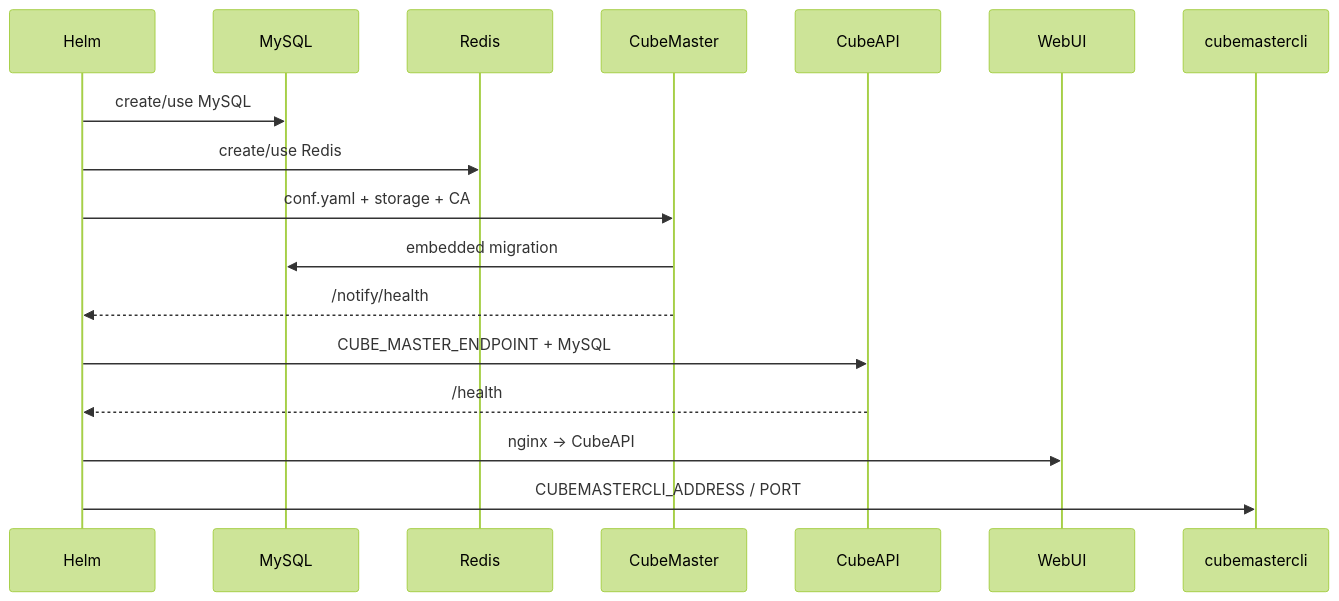
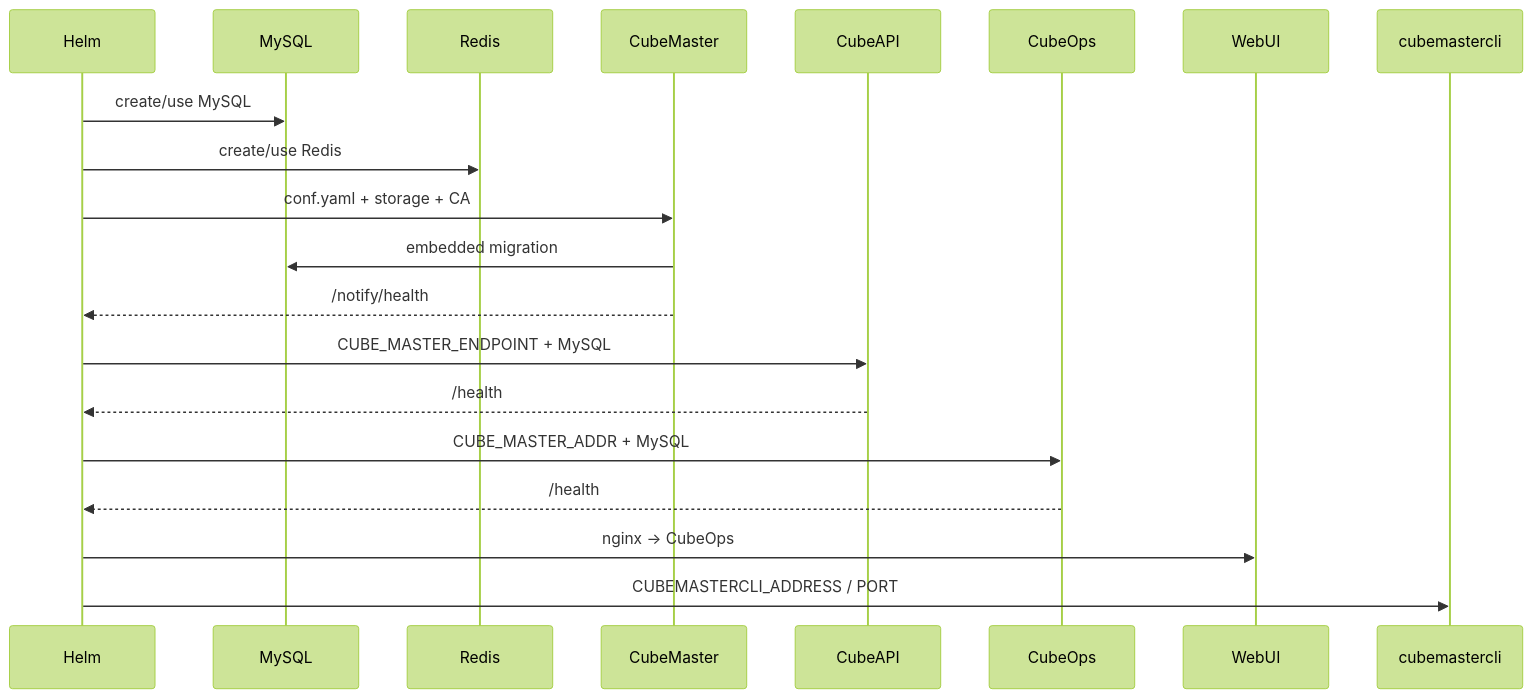
Before and after one commit to TencentCloud/CubeSandbox: the fourth of 9 diagrams in deploy/kubernetes/chart/docs/ARCHITECTURE.md, drawn with Mermaid (forest theme). The commit also changed other lines of this file and 17 other files, not shown here.

First line of the commit message:
feat(helm): add CubeOps component with WebUI nginx refactoring

````diff
--- a/deploy/kubernetes/chart/docs/ARCHITECTURE.md
+++ b/deploy/kubernetes/chart/docs/ARCHITECTURE.md
@@ -230,20 +236,23 @@
 ```mermaid
 sequenceDiagram
   participant H as Helm
   participant DB as MySQL
   participant R as Redis
   participant CM as CubeMaster
   participant API as CubeAPI
+  participant OPS as CubeOps
   participant WEB as WebUI
   participant CLI as cubemastercli
 
   H->>DB: create/use MySQL
   H->>R: create/use Redis
   H->>CM: conf.yaml + storage + CA
   CM->>DB: embedded migration
   CM-->>H: /notify/health
   H->>API: CUBE_MASTER_ENDPOINT + MySQL
   API-->>H: /health
-  H->>WEB: nginx → CubeAPI
+  H->>OPS: CUBE_MASTER_ADDR + MySQL
+  OPS-->>H: /health
+  H->>WEB: nginx → CubeOps
   H->>CLI: CUBEMASTERCLI_ADDRESS / PORT
 ```
````
